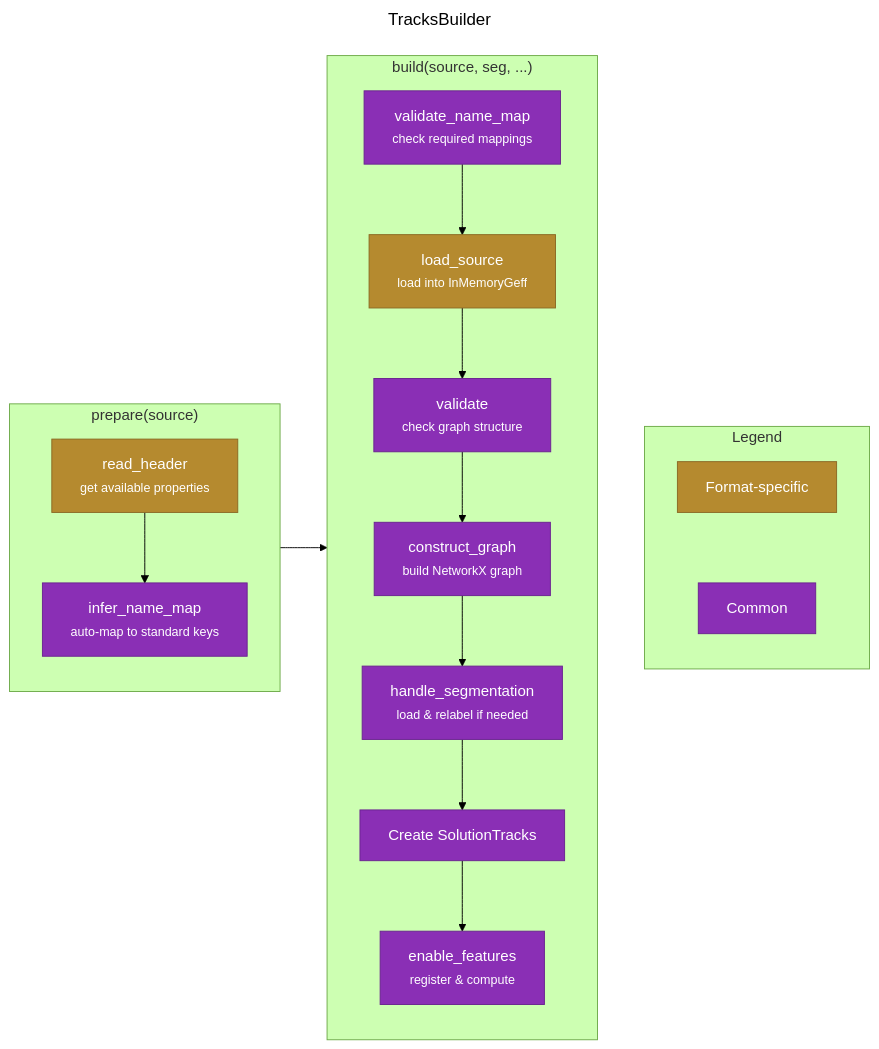
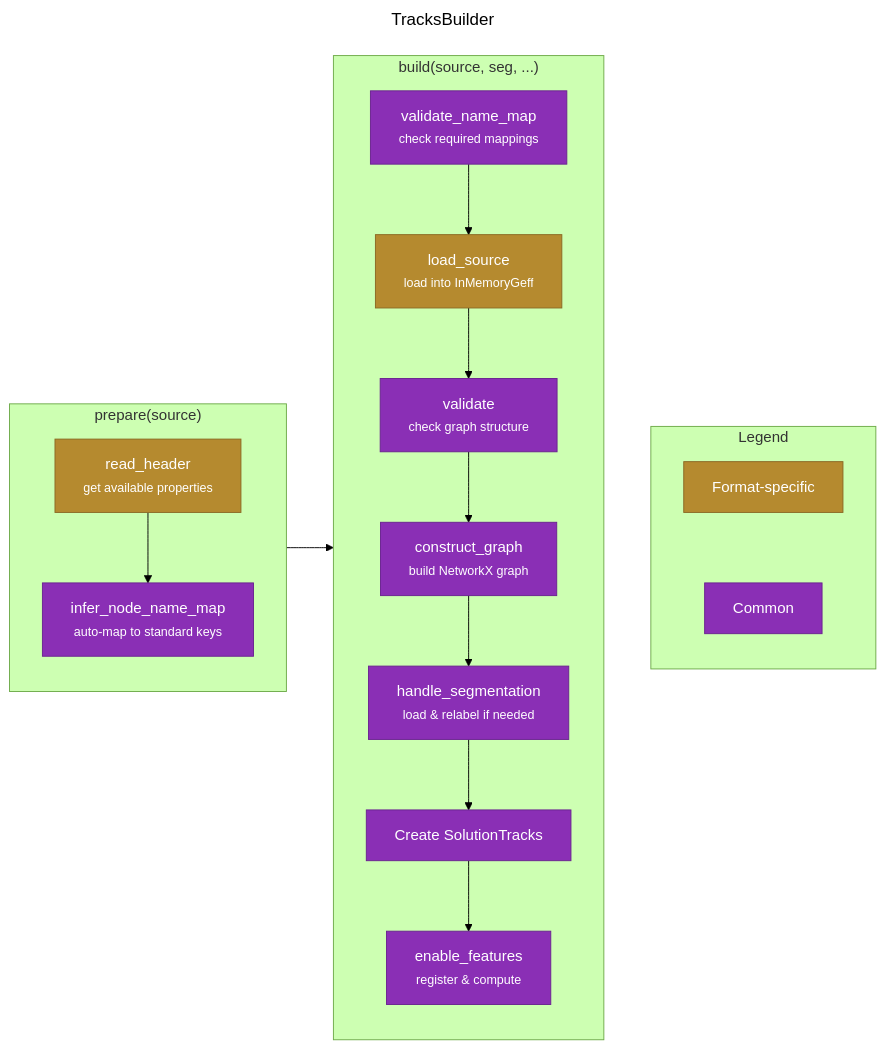
The diagram in docs/import-flow.md (funkelab/funtracks), drawn with Mermaid (forest theme) before and after one commit. The commit also changed other lines of this file, not shown here.

````diff
--- a/docs/import-flow.md
+++ b/docs/import-flow.md
@@ -9,54 +9,54 @@
 ```mermaid
 ---
 title: TracksBuilder
 ---
 graph LR
     subgraph Prepare["prepare(source)"]
         direction TB
         ReadHeader["read_header<br/><small>get available properties</small>"]
-        InferMap["infer_name_map<br/><small>auto-map to standard keys</small>"]
+        InferMap["infer_node_name_map<br/><small>auto-map to standard keys</small>"]
         ReadHeader --> InferMap
     end
 
     subgraph Build["build(source, seg, ...)"]
         direction TB
         ValidateMap["validate_name_map<br/><small>check required mappings</small>"]
         LoadSource["load_source<br/><small>load into InMemoryGeff</small>"]
         Validate["validate<br/><small>check graph structure</small>"]
         ConstructGraph["construct_graph<br/><small>build NetworkX graph</small>"]
         HandleSeg["handle_segmentation<br/><small>load & relabel if needed</small>"]
         CreateTracks[Create SolutionTracks]
         EnableFeatures["enable_features<br/><small>register & compute</small>"]
 
         ValidateMap --> LoadSource
         LoadSource --> Validate
         Validate --> ConstructGraph
         ConstructGraph --> HandleSeg
         HandleSeg --> CreateTracks
         CreateTracks --> EnableFeatures
     end
 
     Prepare --> Build
 
     subgraph Legend["Legend"]
         direction TB
         L1[Format-specific]
         L2[Common]
 
         L1 ~~~ L2
     end
 
     Build ~~~ Legend
 
     style ReadHeader fill:#b58a2f,color:#fff,stroke:#8a6823
     style LoadSource fill:#b58a2f,color:#fff,stroke:#8a6823
     style InferMap fill:#8a2fb5,color:#fff,stroke:#6a2390
     style ValidateMap fill:#8a2fb5,color:#fff,stroke:#6a2390
     style Validate fill:#8a2fb5,color:#fff,stroke:#6a2390
     style ConstructGraph fill:#8a2fb5,color:#fff,stroke:#6a2390
     style HandleSeg fill:#8a2fb5,color:#fff,stroke:#6a2390
     style CreateTracks fill:#8a2fb5,color:#fff,stroke:#6a2390
     style EnableFeatures fill:#8a2fb5,color:#fff,stroke:#6a2390
     style L1 fill:#b58a2f,color:#fff,stroke:#8a6823
     style L2 fill:#8a2fb5,color:#fff,stroke:#6a2390
 ```
````
